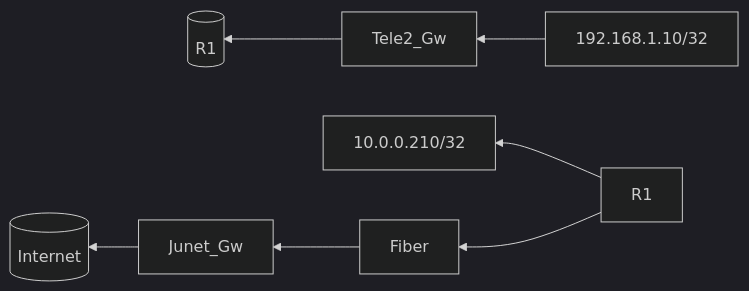
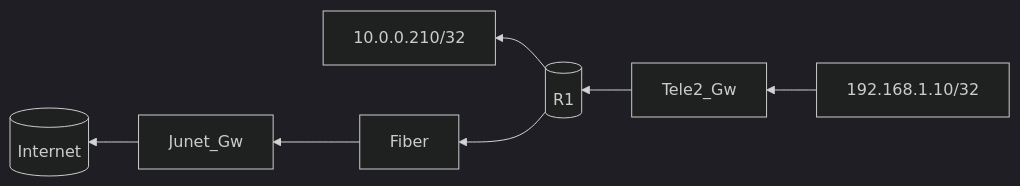
Before and after one commit to notkasim/DOCS: the first of 2 diagrams in Topology.md, drawn with Mermaid (dark theme).

````diff
--- a/Topology.md
+++ b/Topology.md
@@ -6,11 +6,11 @@
 ```mermaid
 graph RL;
     192.168.1.10/32-->Tele2_Gw;
     id1[(R1)]
     Tele2_Gw-->id1;
-    R1-->10.0.0.210/32;
-    R1-->Fiber;
+    id1-->10.0.0.210/32;
+    id1-->Fiber;
     Fiber-->Junet_Gw;
     id2[(Internet)]
     Junet_Gw-->id2
 ```
````
